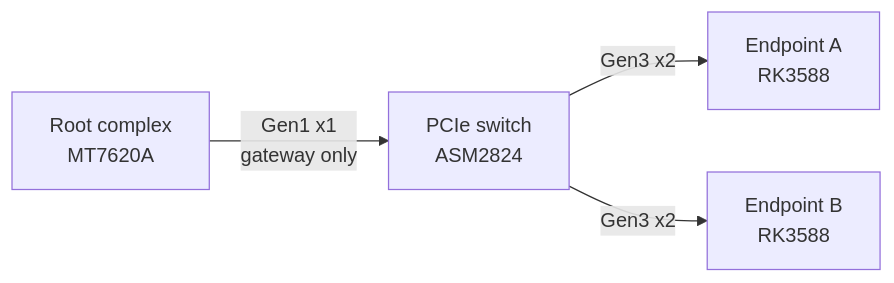
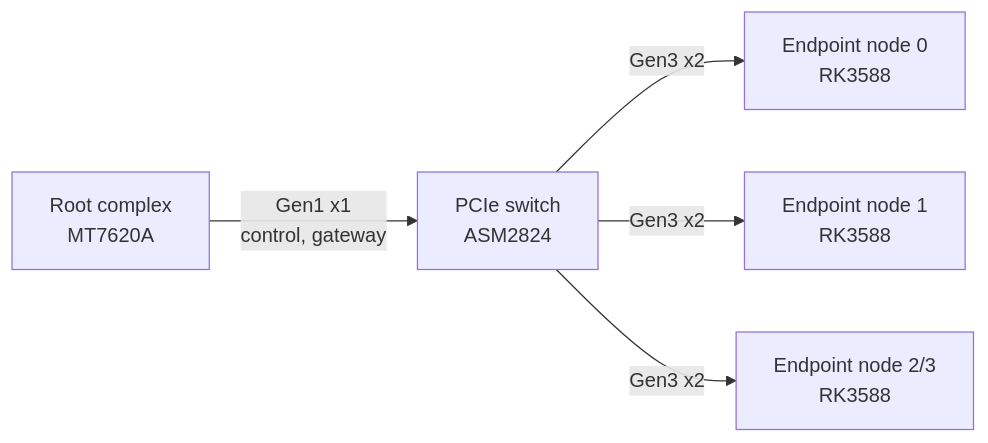
Before and after one commit to roysbike/pcie-ep-net: the first of 2 diagrams in README.md, drawn with Mermaid. The commit also changed other lines of this file and 3 other files, not shown here.

First line of the commit message:
docs: architecture of protocol v4, Talos port, v4 benchmark

````diff
--- a/README.md
+++ b/README.md
@@ -34,10 +40,12 @@
 ```mermaid
 flowchart LR
   RC["Root complex<br/>MT7620A"]
   SW["PCIe switch<br/>ASM2824"]
-  A["Endpoint A<br/>RK3588"]
-  B["Endpoint B<br/>RK3588"]
-  RC -->|"Gen1 x1<br/>gateway only"| SW
+  A["Endpoint node 0<br/>RK3588"]
+  B["Endpoint node 1<br/>RK3588"]
+  C["Endpoint node 2/3<br/>RK3588"]
+  RC -->|"Gen1 x1<br/>control, gateway"| SW
   SW -->|"Gen3 x2"| A
   SW -->|"Gen3 x2"| B
+  SW -->|"Gen3 x2"| C
 ```
````
